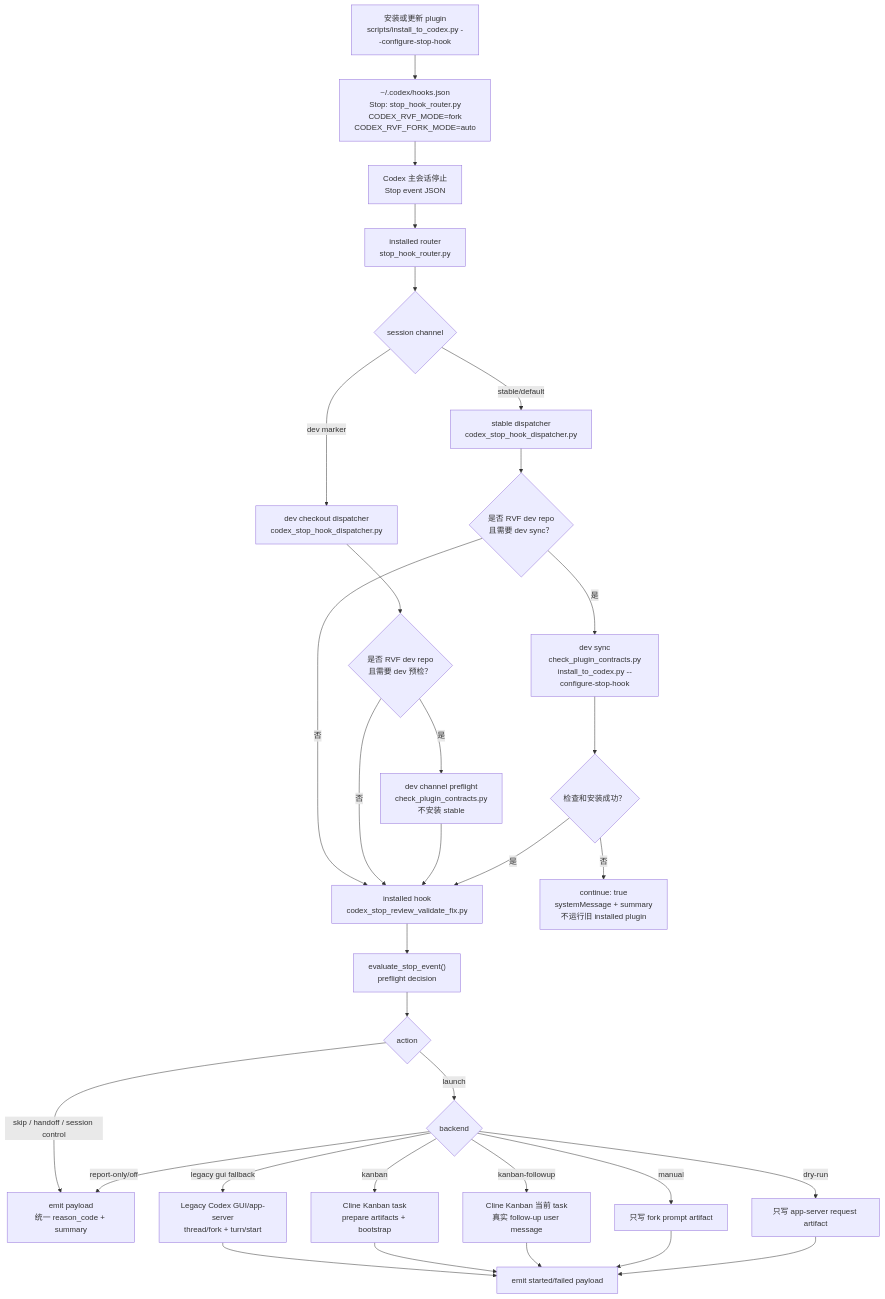
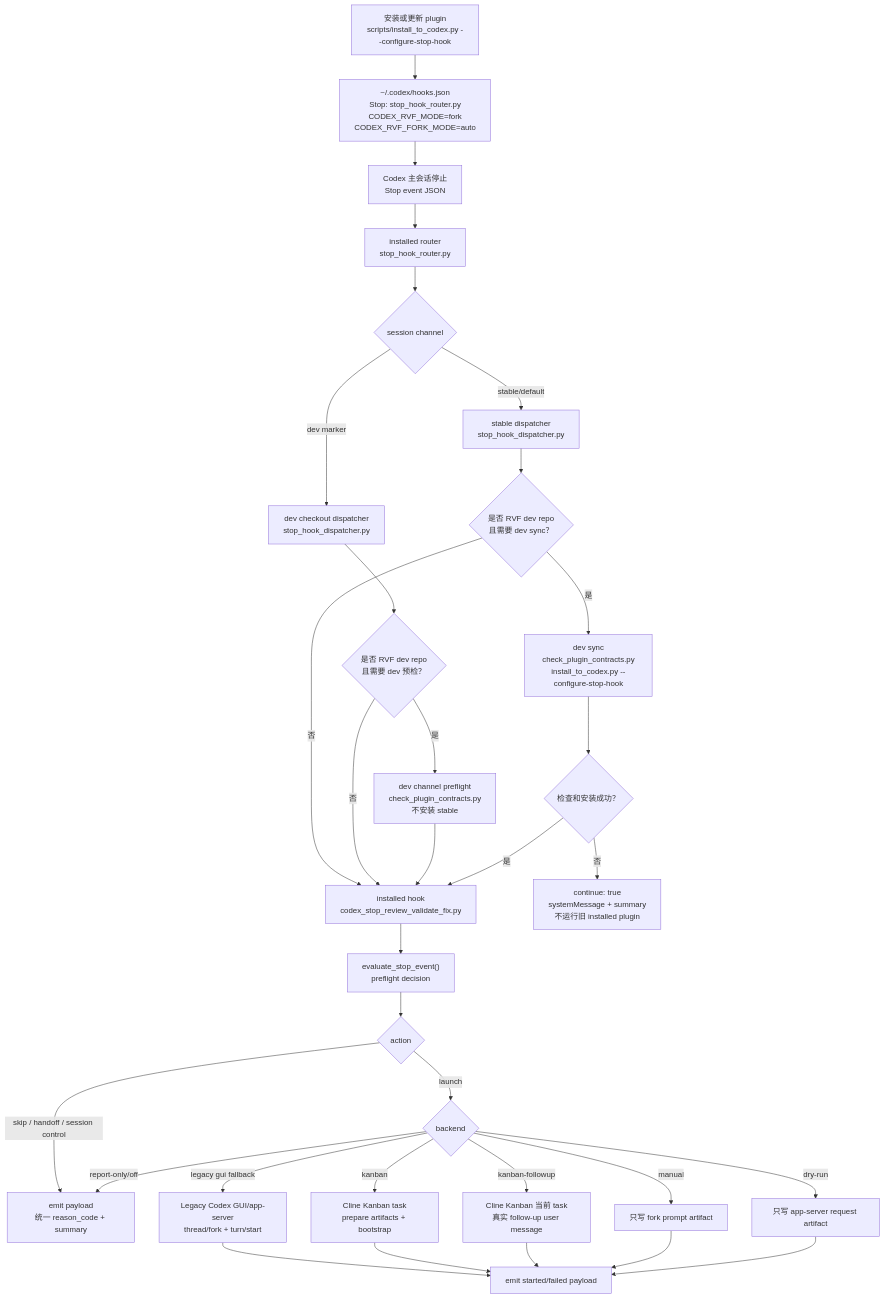
Before and after one commit to RealmX1/review-validate-fix: the diagram in README.md, drawn with Mermaid. The commit also changed other lines of this file and 14 other files, not shown here.

First line of the commit message:
refactor(rvf): codex_stop_hook_dispatcher → stop_hook_dispatcher 文件名去-codex（S10j-1）

````diff
--- a/README.md
+++ b/README.md
@@ -241,38 +241,38 @@
 ```mermaid
 flowchart TD
     Install["安装或更新 plugin\nscripts/install_to_codex.py --configure-stop-hook"] --> Hooks["~/.codex/hooks.json\nStop: stop_hook_router.py\nCODEX_RVF_MODE=fork\nCODEX_RVF_FORK_MODE=auto"]
     Hooks --> Stop["Codex 主会话停止\nStop event JSON"]
     Stop --> Router["installed router\nstop_hook_router.py"]
     Router --> Channel{"session channel"}
-    Channel -- "stable/default" --> Dispatcher["stable dispatcher\ncodex_stop_hook_dispatcher.py"]
-    Channel -- "dev marker" --> DevDispatcher["dev checkout dispatcher\ncodex_stop_hook_dispatcher.py"]
+    Channel -- "stable/default" --> Dispatcher["stable dispatcher\nstop_hook_dispatcher.py"]
+    Channel -- "dev marker" --> DevDispatcher["dev checkout dispatcher\nstop_hook_dispatcher.py"]
 
     Dispatcher --> DevCheck{"是否 RVF dev repo\n且需要 dev sync？"}
     DevDispatcher --> DevContract{"是否 RVF dev repo\n且需要 dev 预检？"}
     DevCheck -- "否" --> InstalledHook["installed hook\ncodex_stop_review_validate_fix.py"]
     DevCheck -- "是" --> Sync["dev sync\ncheck_plugin_contracts.py\ninstall_to_codex.py --configure-stop-hook"]
     DevContract -- "否" --> InstalledHook
     DevContract -- "是" --> ContractOnly["dev channel preflight\ncheck_plugin_contracts.py\n不安装 stable"]
     ContractOnly --> InstalledHook
     Sync --> SyncOk{"检查和安装成功？"}
     SyncOk -- "否" --> BlockingFail["continue: true\nsystemMessage + summary\n不运行旧 installed plugin"]
     SyncOk -- "是" --> InstalledHook
 
     InstalledHook --> Evaluate["evaluate_stop_event()\npreflight decision"]
     Evaluate --> Decision{"action"}
     Decision -- "skip / handoff / session control" --> Skip["emit payload\n统一 reason_code + summary"]
     Decision -- "launch" --> Backend{"backend"}
 
     Backend -- "legacy gui fallback" --> Gui["Legacy Codex GUI/app-server\nthread/fork + turn/start"]
     Backend -- "kanban" --> Kanban["Cline Kanban task\nprepare artifacts + bootstrap"]
     Backend -- "kanban-followup" --> KanbanFollowup["Cline Kanban 当前 task\n真实 follow-up user message"]
     Backend -- "manual" --> Manual["只写 fork prompt artifact"]
     Backend -- "dry-run" --> DryRun["只写 app-server request artifact"]
     Backend -- "report-only/off" --> Skip
 
     Gui --> Result["emit started/failed payload"]
     Kanban --> Result
     KanbanFollowup --> Result
     Manual --> Result
     DryRun --> Result
 ```
````
